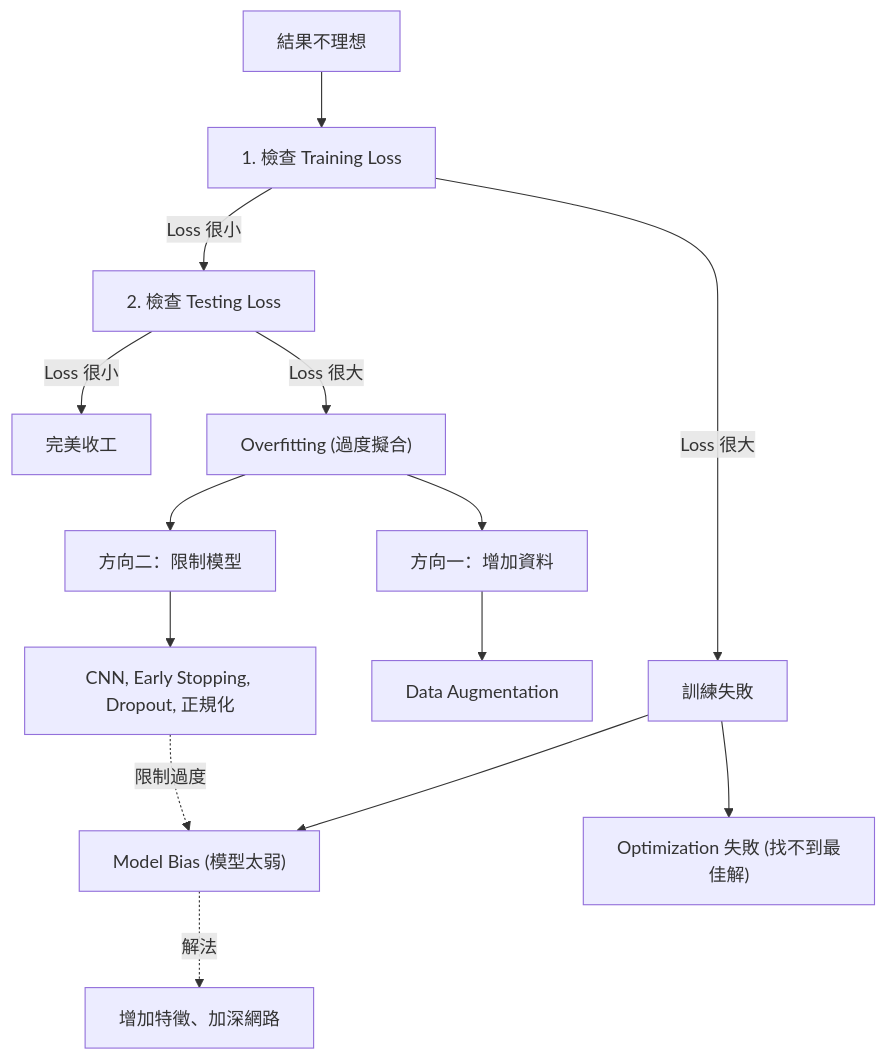
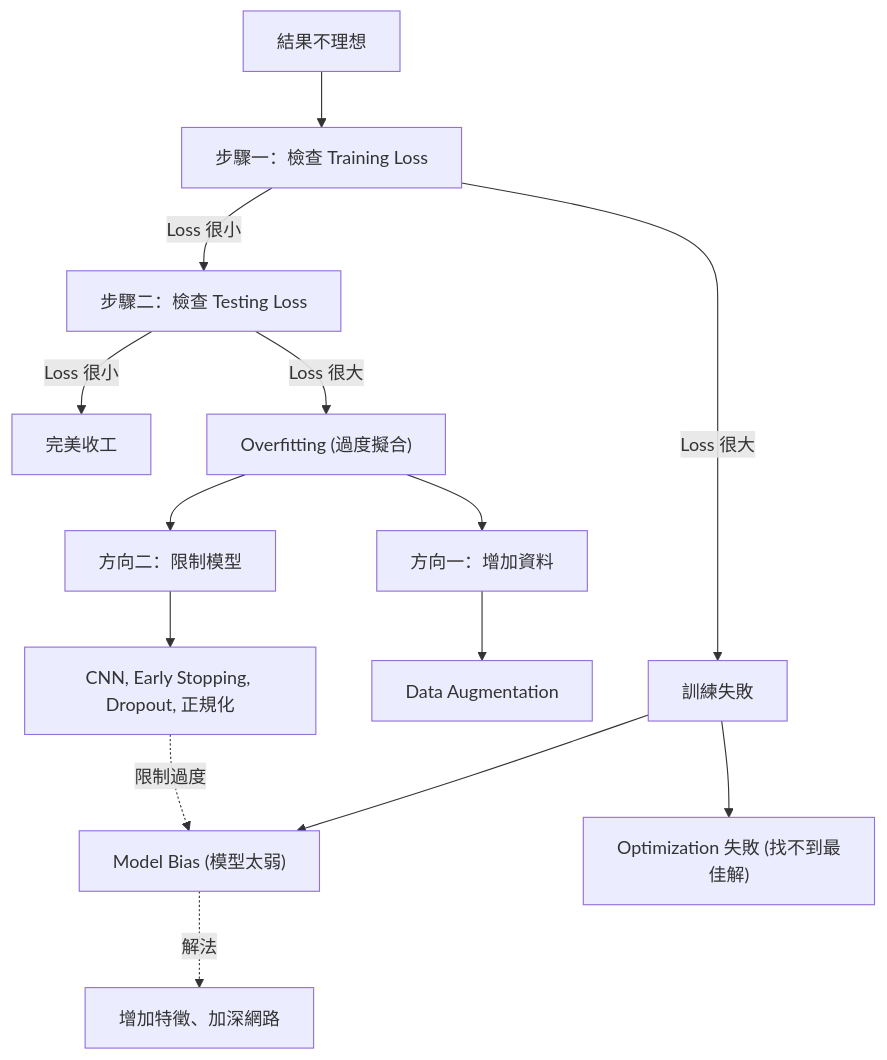
One commit to leo02311/ml2021-notes changed the diagram in content/ml2021_video3_notes.md. Above: the diagram before and after it, drawn with Mermaid.

Commit message:
Fix Mermaid list rendering error in video 3

````diff
--- a/content/ml2021_video3_notes.md
+++ b/content/ml2021_video3_notes.md
@@ -68,21 +68,21 @@
 ```mermaid
 graph TD
-    Start["結果不理想"] --> CheckTrain["1. 檢查 Training Loss"]
+    Start["結果不理想"] --> CheckTrain["步驟一：檢查 Training Loss"]
     
     CheckTrain -->|Loss 很大| TrainFail["訓練失敗"]
     TrainFail --> Bias["Model Bias (模型太弱)"]
     TrainFail --> Opt["Optimization 失敗 (找不到最佳解)"]
     Bias -.->|解法| ModelUp["增加特徵、加深網路"]
     
-    CheckTrain -->|Loss 很小| CheckTest["2. 檢查 Testing Loss"]
+    CheckTrain -->|Loss 很小| CheckTest["步驟二：檢查 Testing Loss"]
     CheckTest -->|Loss 很小| Success["完美收工"]
     CheckTest -->|Loss 很大| Overfit["Overfitting (過度擬合)"]
     
     Overfit --> Fix1["方向一：增加資料"]
     Fix1 --> Aug["Data Augmentation"]
     
     Overfit --> Fix2["方向二：限制模型"]
     Fix2 --> Constrain["CNN, Early Stopping, Dropout, 正規化"]
     
     Constrain -.->|限制過度| Bias
 ```
````
